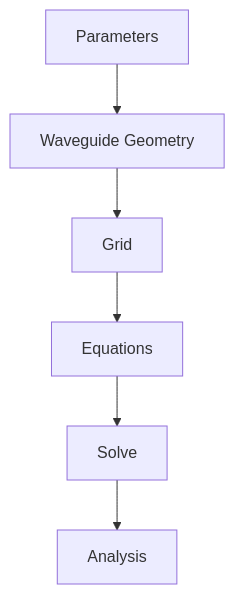
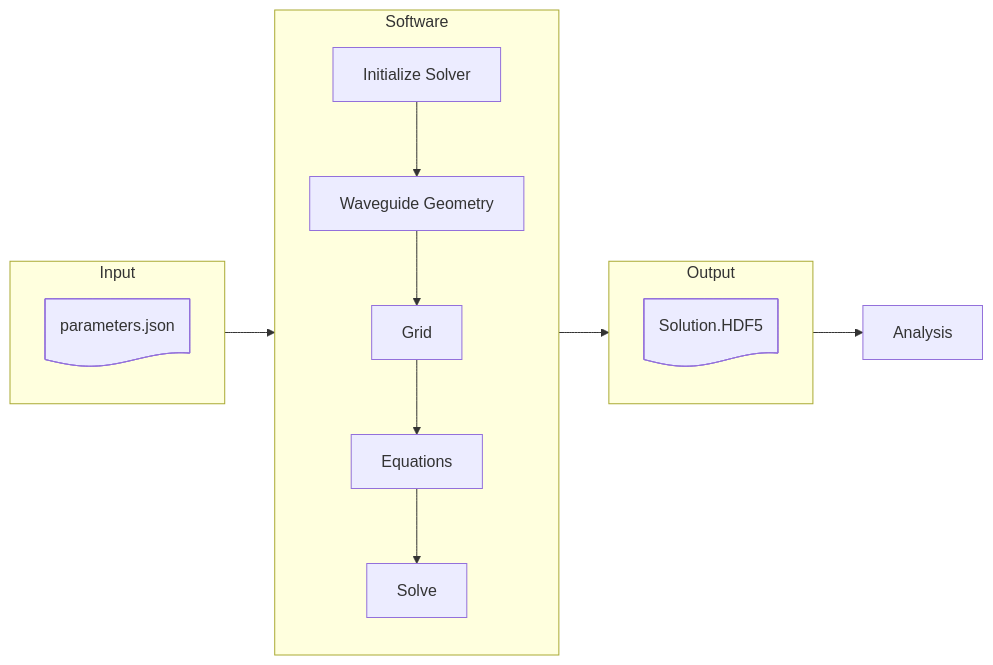
Before and after one commit to robertoarcanjo/Photonics: the diagram in README.md, drawn with Mermaid. The commit also changed 4 other files, not shown here.

````diff
--- a/README.md
+++ b/README.md
@@ -15,8 +15,21 @@
 ```mermaid
-flowchart TD
-    A[Parameters] --> B[Waveguide Geometry]
-    B --> C[Grid]
-    C --> D[Equations]
-    D --> E[Solve]
-    E --> F[Analysis]
+flowchart LR
+    subgraph Input
+        direction TB
+        param@{ shape: doc, label: "parameters.json" }
+    end
+    param --> Software
+    subgraph Software
+        direction TB
+        A[Initialize Solver] --> B[Waveguide Geometry]
+        B --> C[Grid]
+        C --> D[Equations]
+        D --> E[Solve]
+    end
+    F[Analysis]
+    subgraph Output
+        out@{ shape: doc, label: "Solution.HDF5" }
+    end
+    Software --> Output
+    Output --> F
 ```
````
